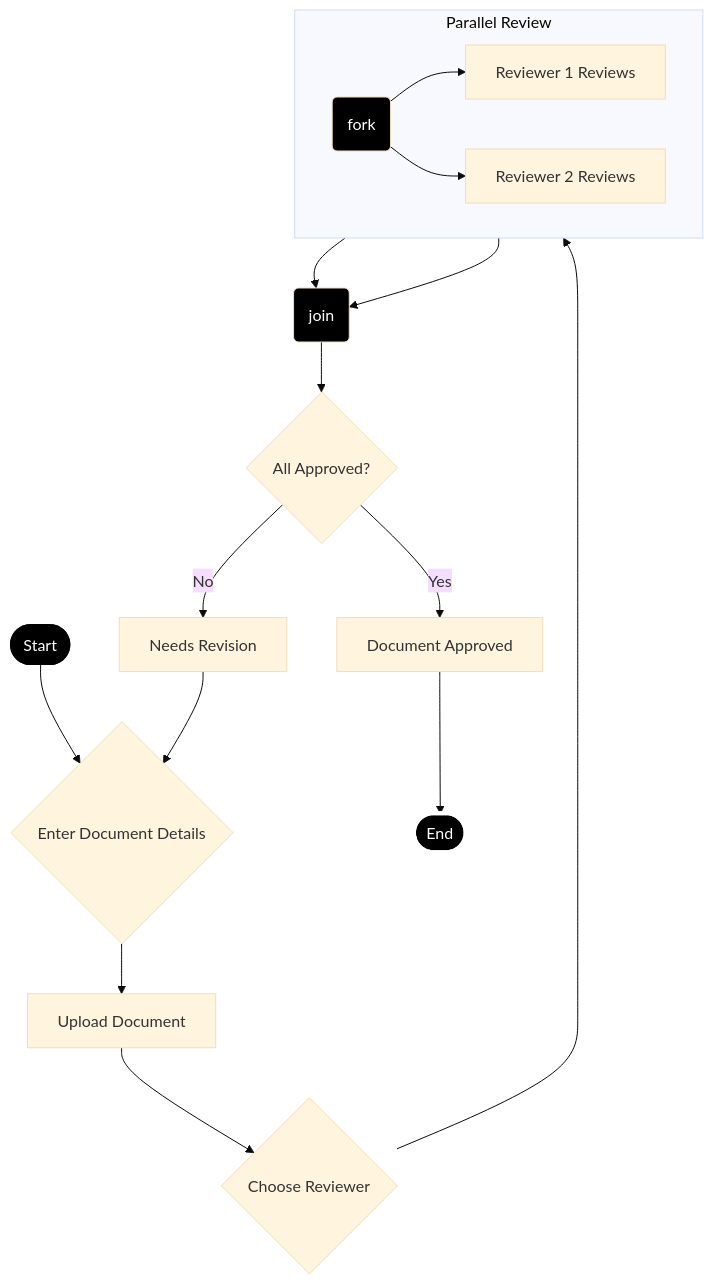
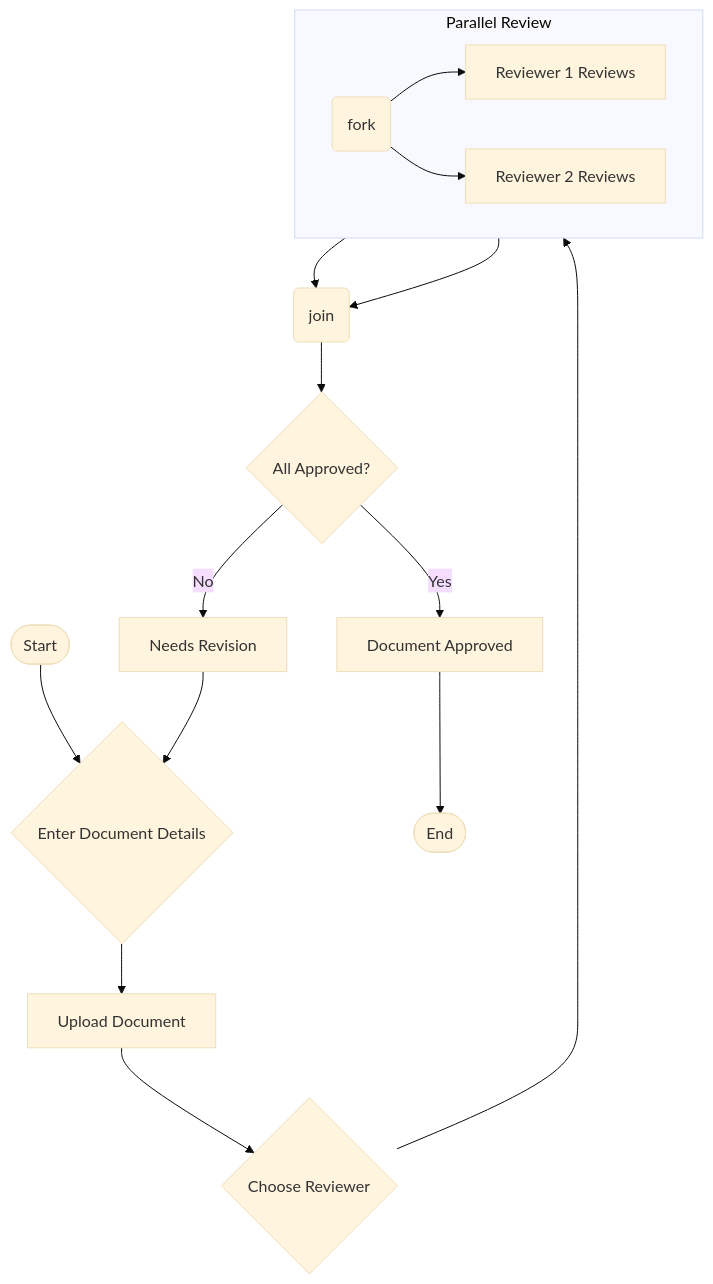
One commit to sujith-eag/sujith-library changed the first of 4 diagrams in docs/software-modeling/behavioral-modeling.md. Above: the diagram before and after it, drawn with Mermaid (base theme). The commit also changed other lines of this file and 41 other files, not shown here.

First line of the commit message:
Refactor diagrams and remove redundant styles in documentation

````diff
--- a/docs/software-modeling/behavioral-modeling.md
+++ b/docs/software-modeling/behavioral-modeling.md
@@ -21,27 +21,22 @@
 ```mermaid
 graph TD
     start([Start]) --> enter_details{Enter Document Details};
     enter_details --> upload[Upload Document];
     upload --> choose_reviewer{Choose Reviewer};
     choose_reviewer --> parallel_process_fork;
 
     subgraph "Parallel Review"
       direction LR
       parallel_process_fork(fork) --> reviewer_1_review[Reviewer 1 Reviews];
       parallel_process_fork --> reviewer_2_review[Reviewer 2 Reviews];
     end
     
     reviewer_1_review --> parallel_process_join(join);
     reviewer_2_review --> parallel_process_join(join);
 
     parallel_process_join --> decision{All Approved?};
     decision -- "Yes" --> approved[Document Approved];
     decision -- "No" --> needs_revision[Needs Revision];
     needs_revision --> enter_details;
     approved --> stop([End]);
-
-    style start fill:#000,stroke:#000,stroke-width:2px,color:#fff
-    style stop fill:#000,stroke:#fff,stroke-width:4px,color:#fff
-    style parallel_process_fork fill:#000,color:#fff
-    style parallel_process_join fill:#000,color:#fff
 ```
````
